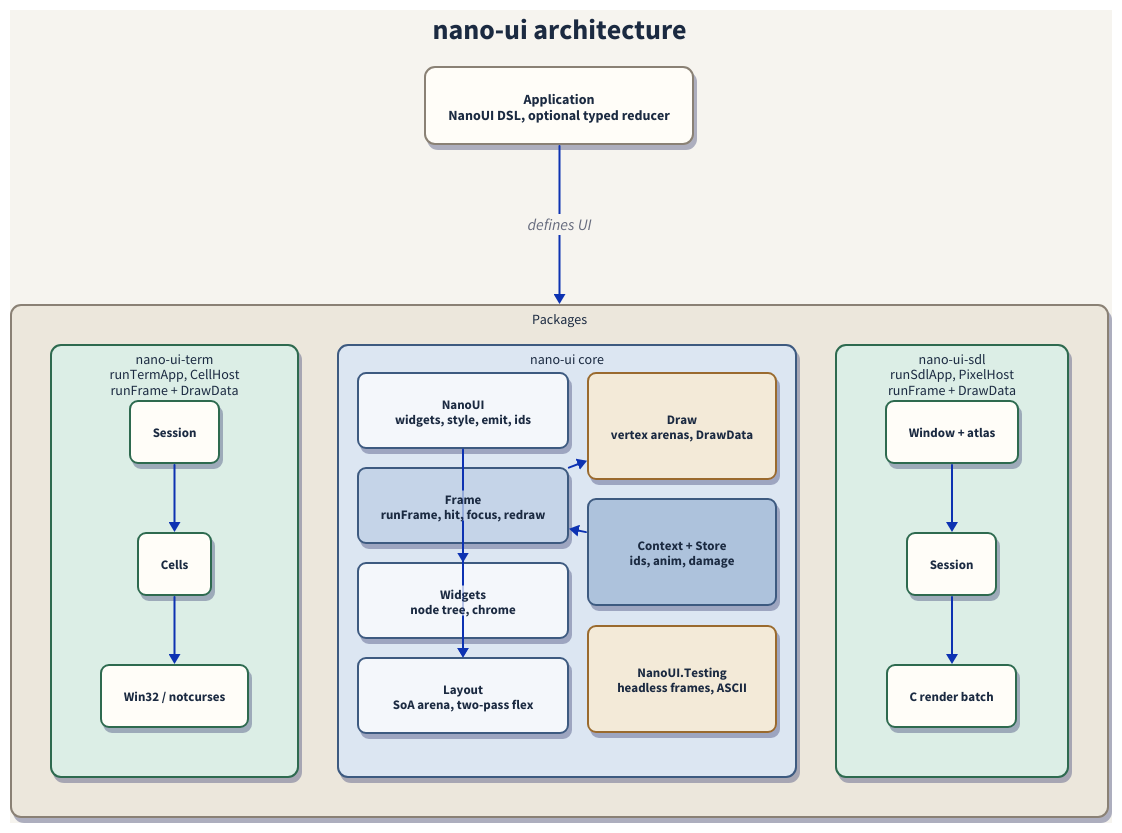
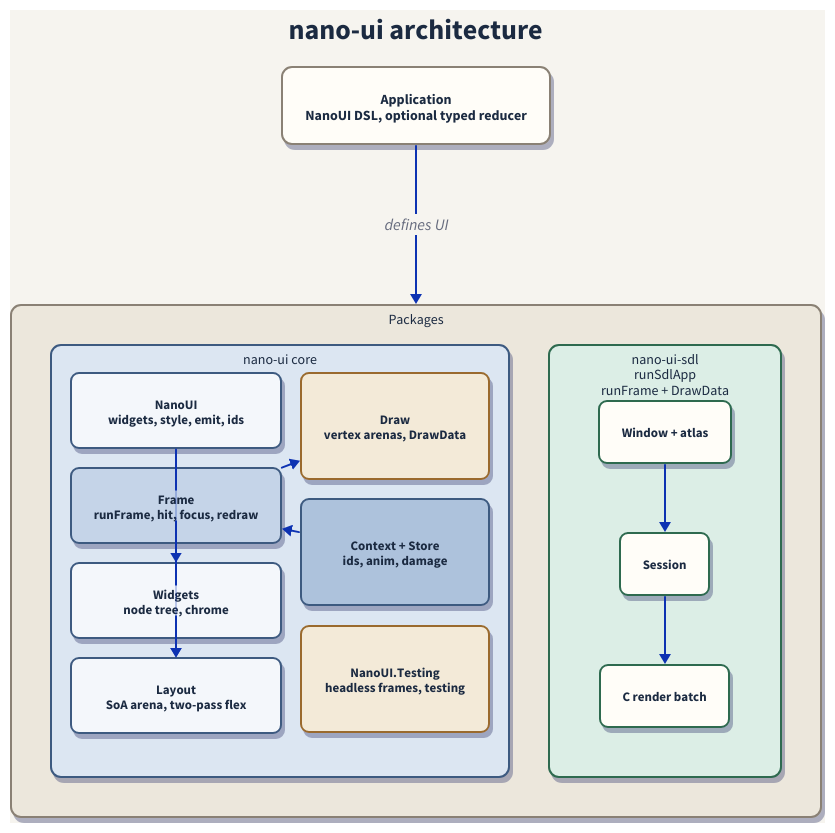
The diagram in docs/architecture.d2 (goolord/nano-ui), drawn with D2 before and after one commit. The commit also changed 120 other files, not shown here.

```diff
--- a/docs/architecture.d2
+++ b/docs/architecture.d2
@@ -1,136 +1,124 @@
 # Workspace packages and the core they share.
 # Render: d2 docs/architecture.d2 docs/architecture.svg
 
 vars: {
   d2-config: {
     layout-engine: elk
     pad: 40
   }
 }
 
 direction: down
 
 classes: {
   box: {
     style: {
       border-radius: 10
       font-size: 14
       font-color: "#1b2a41"
       stroke-width: 2
       shadow: true
     }
   }
   leaf: {
     style: {
       border-radius: 8
       font-size: 13
       font-color: "#1b2a41"
       stroke-width: 2
       shadow: true
     }
   }
 }
 
 style.fill: "#f6f4ef"
 style.stroke: "#f6f4ef"
 
 title: {
   label: nano-ui architecture
   near: top-center
   shape: text
   style: {
     font-size: 28
     bold: true
     font-color: "#1b2a41"
   }
 }
 
 app: "Application\nNanoUI DSL, optional typed reducer" {
   class: box
   style.fill: "#fffdf8"
   style.stroke: "#8a8174"
 }
 
 packages: Packages {
   class: box
   style.fill: "#ece7dc"
   style.stroke: "#8a8174"
-  grid-columns: 3
+  grid-columns: 2
   grid-gap: 40
-
-  term: "nano-ui-term\nrunTermApp, CellHost\nrunFrame + DrawData" {
-    class: box
-    style.fill: "#dceee6"
-    style.stroke: "#2d6a4f"
-    direction: down
-
-    t_session: Session { class: leaf; style.fill: "#fffdf8"; style.stroke: "#2d6a4f" }
-    t_cells: Cells { class: leaf; style.fill: "#fffdf8"; style.stroke: "#2d6a4f" }
-    t_driver: "Win32 / notcurses" { class: leaf; style.fill: "#fffdf8"; style.stroke: "#2d6a4f" }
-    t_session -> t_cells -> t_driver
-  }
 
   core: "nano-ui core" {
     class: box
     style.fill: "#dce6f2"
     style.stroke: "#3d5a80"
     grid-columns: 2
     grid-gap: 20
 
     api: "NanoUI\nwidgets, style, emit, ids" {
       class: leaf
       style.fill: "#f4f7fb"
       style.stroke: "#3d5a80"
     }
     frame: "Frame\nrunFrame, hit, focus, redraw" {
       class: leaf
       style.fill: "#c5d4e8"
       style.stroke: "#3d5a80"
     }
     widgets: "Widgets\nnode tree, chrome" {
       class: leaf
       style.fill: "#f4f7fb"
       style.stroke: "#3d5a80"
     }
     layout: "Layout\nSoA arena, two-pass flex" {
       class: leaf
       style.fill: "#f4f7fb"
       style.stroke: "#3d5a80"
     }
     draw: "Draw\nvertex arenas, DrawData" {
       class: leaf
       style.fill: "#f3ead8"
       style.stroke: "#9a6b2f"
     }
     state: "Context + Store\nids, anim, damage" {
       class: leaf
       style.fill: "#adc2dc"
       style.stroke: "#3d5a80"
     }
-    test: "NanoUI.Testing\nheadless frames, ASCII" {
+    test: "NanoUI.Testing\nheadless frames, testing" {
       class: leaf
       style.fill: "#f3ead8"
       style.stroke: "#9a6b2f"
     }
 
     api -> widgets
     widgets -> layout
     frame -> layout
     frame -> draw
     state -> frame
   }
 
-  sdl: "nano-ui-sdl\nrunSdlApp, PixelHost\nrunFrame + DrawData" {
+  sdl: "nano-ui-sdl\nrunSdlApp\nrunFrame + DrawData" {
     class: box
     style.fill: "#dceee6"
     style.stroke: "#2d6a4f"
     direction: down
 
     s_window: "Window + atlas" { class: leaf; style.fill: "#fffdf8"; style.stroke: "#2d6a4f" }
     s_session: Session { class: leaf; style.fill: "#fffdf8"; style.stroke: "#2d6a4f" }
     s_batch: "C render batch" { class: leaf; style.fill: "#fffdf8"; style.stroke: "#2d6a4f" }
     s_window -> s_session -> s_batch
   }
 }
 
 app -> packages: defines UI
```
